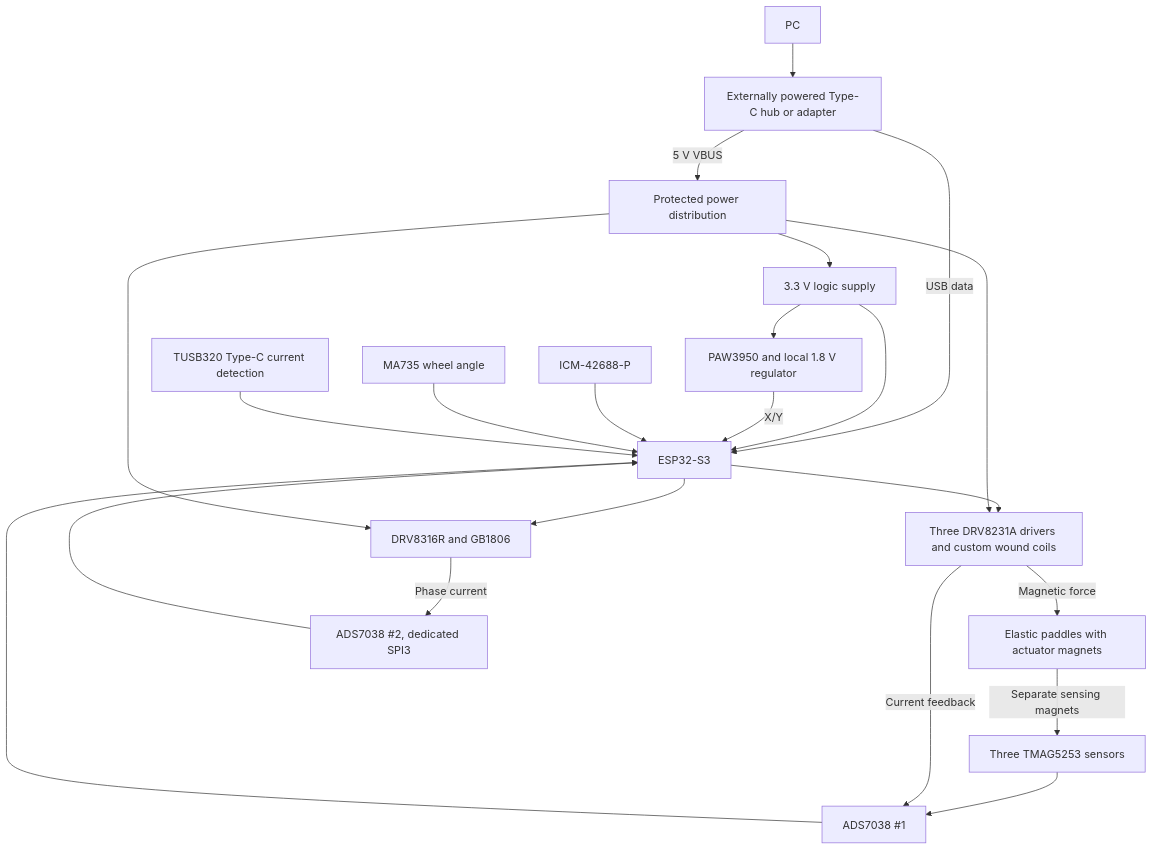
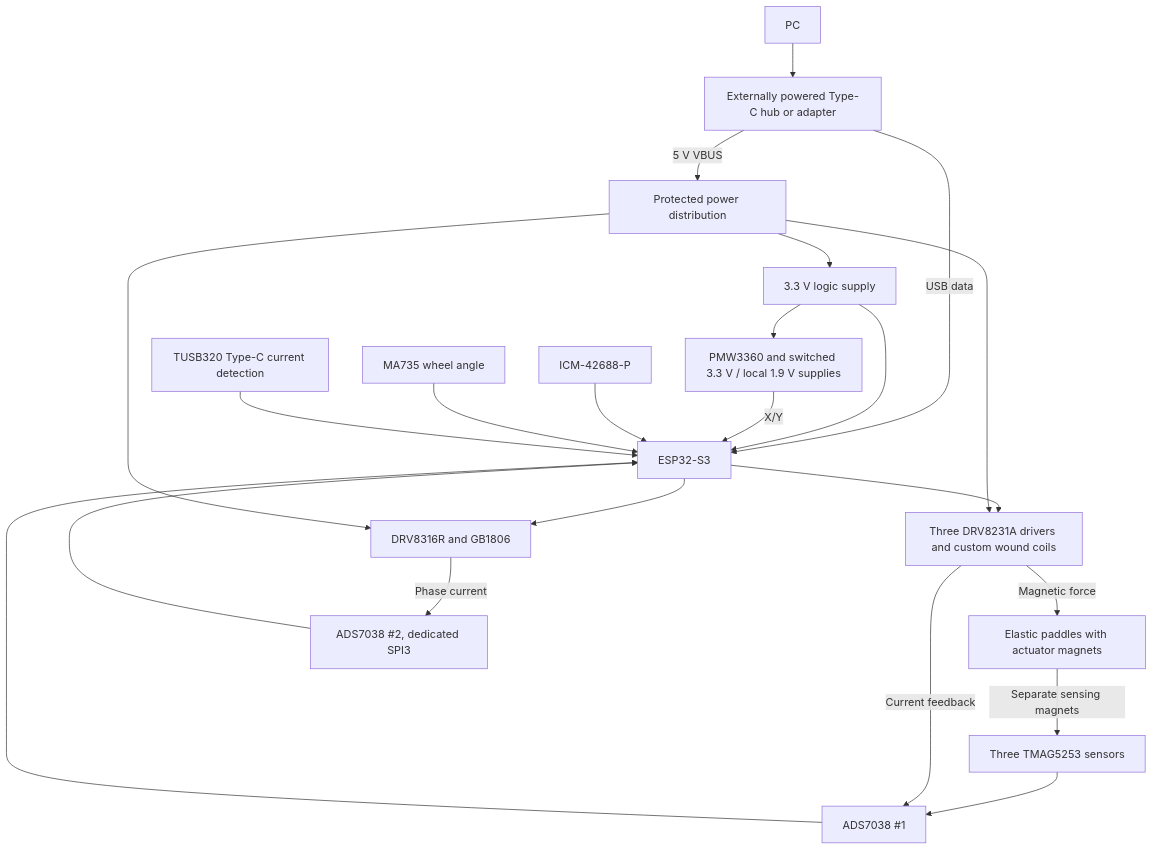
The diagram in docs/architecture.md (sbarisic/MagMouse), drawn with Mermaid before and after one commit. The commit also changed other lines of this file and 32 other files, not shown here.

Commit message:
Add PMW3360 optical circuitry and PCB-first mechanical datum

````diff
--- a/docs/architecture.md
+++ b/docs/architecture.md
@@ -21,24 +21,24 @@
 ```mermaid
 flowchart TD
     PC[PC] --> Hub[Externally powered Type-C hub or adapter]
     Hub -->|USB data| MCU[ESP32-S3]
     Hub -->|5 V VBUS| Power[Protected power distribution]
     Power --> Logic[3.3 V logic supply]
     Logic --> MCU
-    Logic --> Optical[PAW3950 and local 1.8 V regulator]
+    Logic --> Optical[PMW3360 and switched 3.3 V / local 1.9 V supplies]
     Optical -->|X/Y| MCU
     IMU[ICM-42688-P] --> MCU
     Hall[Three TMAG5253 sensors] --> ADC[ADS7038 #1]
     ADC --> MCU
     MCU --> Buttons[Three DRV8231A drivers and custom wound coils]
     Buttons -->|Current feedback| ADC
     Buttons -->|Magnetic force| Paddles[Elastic paddles with actuator magnets]
     Paddles -->|Separate sensing magnets| Hall
     MCU --> Wheel[DRV8316R and GB1806]
     Angle[MA735 wheel angle] --> MCU
     Wheel -->|Phase current| ADC2[ADS7038 #2, dedicated SPI3]
     ADC2 --> MCU
     Power --> Buttons
     Power --> Wheel
     CC[TUSB320 Type-C current detection] --> MCU
 ```
````
